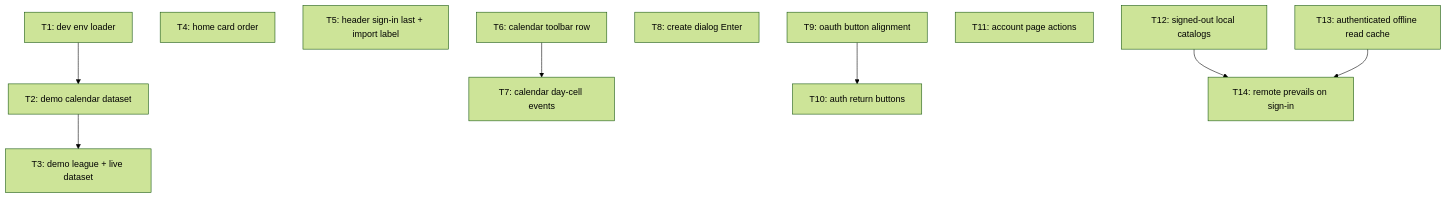
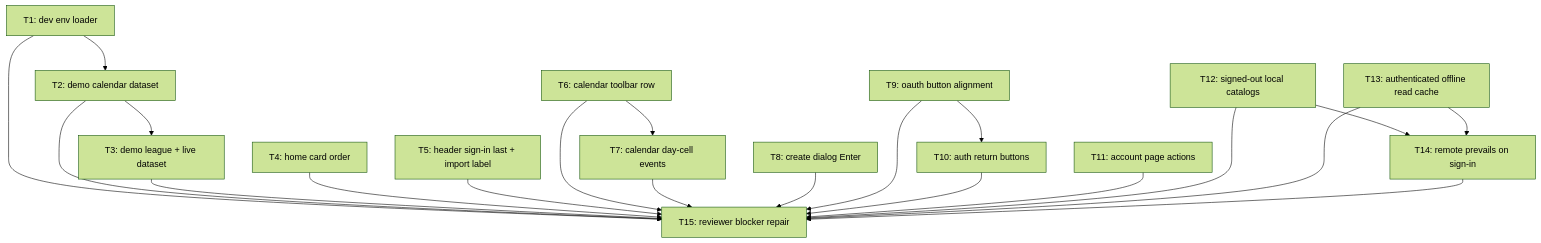
Before and after one commit to AronGomu/gones: the diagram in ai-artifacts/PLAN_2026_08_10_feedback-calendar-v1-round-3.md, drawn with Mermaid (forest theme). The commit also changed other lines of this file and 47 other files, not shown here.

````diff
--- a/ai-artifacts/PLAN_2026_08_10_feedback-calendar-v1-round-3.md
+++ b/ai-artifacts/PLAN_2026_08_10_feedback-calendar-v1-round-3.md
@@ -57,13 +57,27 @@
 ```mermaid
 flowchart TD
 T1[T1: dev env loader] --> T2[T2: demo calendar dataset]
 T2 --> T3[T3: demo league + live dataset]
 T4[T4: home card order]
 T5[T5: header sign-in last + import label]
 T6[T6: calendar toolbar row] --> T7[T7: calendar day-cell events]
 T8[T8: create dialog Enter]
 T9[T9: oauth button alignment] --> T10[T10: auth return buttons]
 T11[T11: account page actions]
 T12[T12: signed-out local catalogs] --> T14[T14: remote prevails on sign-in]
 T13[T13: authenticated offline read cache] --> T14
+T1 --> T15[T15: reviewer blocker repair]
+T2 --> T15
+T3 --> T15
+T4 --> T15
+T5 --> T15
+T6 --> T15
+T7 --> T15
+T8 --> T15
+T9 --> T15
+T10 --> T15
+T11 --> T15
+T12 --> T15
+T13 --> T15
+T14 --> T15
 ```
````
